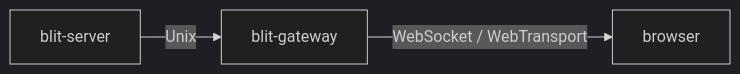
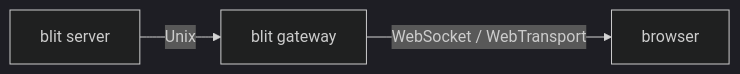
Before and after one commit to indent-com/blit: the fifth of 11 diagrams in ARCHITECTURE.md, drawn with Mermaid (dark theme). The commit also changed other lines of this file and 101 other files, not shown here.

````diff
--- a/ARCHITECTURE.md
+++ b/ARCHITECTURE.md
@@ -131,5 +131,5 @@
 ```mermaid
 graph LR
-    S["blit-server"] -->|Unix| G["blit-gateway"]
+    S["blit server"] -->|Unix| G["blit gateway"]
     G -->|WebSocket / WebTransport| B["browser"]
 ```
````
